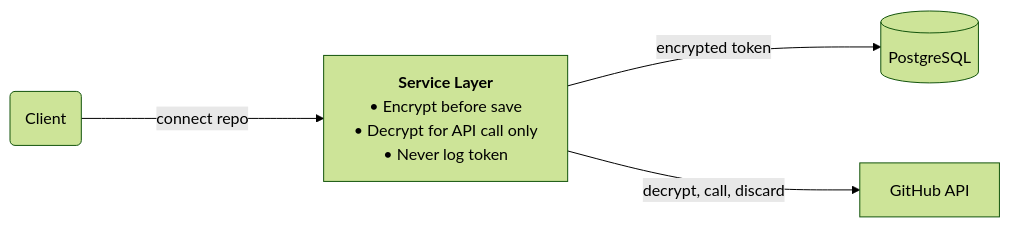
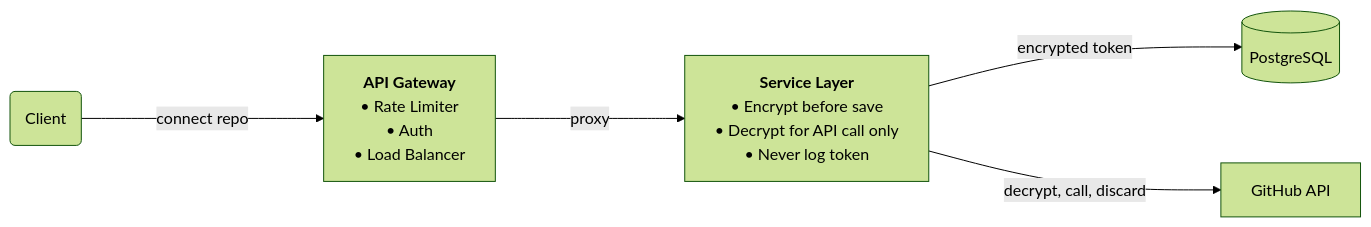
The fourth of 4 diagrams in SYSTEM_DESIGN.md (shivam-tamboli/GrillMyProject), drawn with Mermaid (forest theme) before and after one commit. The commit also changed other lines of this file, not shown here.

Commit message:
fix jwt, websocket auth, deep dive 3 diagram and core requirement wording

````diff
--- a/SYSTEM_DESIGN.md
+++ b/SYSTEM_DESIGN.md
@@ -353,12 +353,14 @@
 ```mermaid
 %%{init: {'flowchart': {'nodeSpacing': 80, 'rankSpacing': 150}}}%%
 flowchart LR
     Client(Client)
+    GW["<b>API Gateway</b><br/>• Rate Limiter<br/>• Auth<br/>• Load Balancer"]
     SVC["<b>Service Layer</b><br/>• Encrypt before save<br/>• Decrypt for API call only<br/>• Never log token"]
     PG[(PostgreSQL)]
     GH["GitHub API"]
 
-    Client -->|connect repo| SVC
+    Client -->|connect repo| GW
+    GW -->|proxy| SVC
     SVC -->|encrypted token| PG
     SVC -->|decrypt, call, discard| GH
 ```
````
